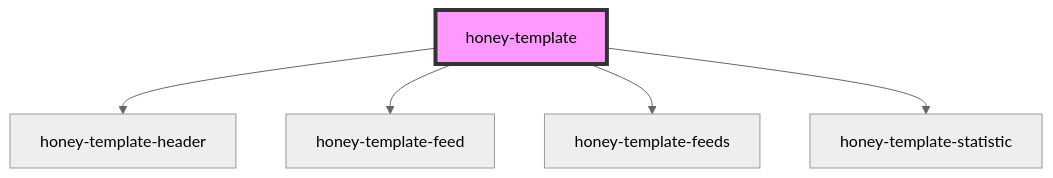
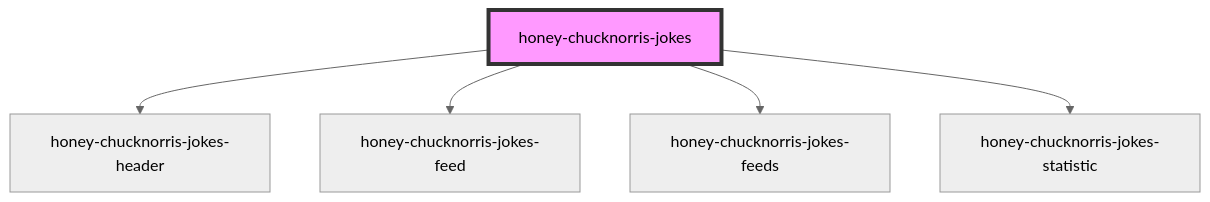
Before and after one commit to Huluvu424242/honey-chucknorris-jokes: the diagram in src/components/honey-news/readme.md, drawn with Mermaid (neutral theme). The commit also changed other lines of this file and 20 other files, not shown here.

````diff
--- a/src/components/honey-news/readme.md
+++ b/src/components/honey-news/readme.md
@@ -27,8 +27,8 @@
 ```mermaid
 graph TD;
-  honey-template --> honey-template-header
-  honey-template --> honey-template-feed
-  honey-template --> honey-template-feeds
-  honey-template --> honey-template-statistic
-  style honey-template fill:#f9f,stroke:#333,stroke-width:4px
+  honey-chucknorris-jokes --> honey-chucknorris-jokes-header
+  honey-chucknorris-jokes --> honey-chucknorris-jokes-feed
+  honey-chucknorris-jokes --> honey-chucknorris-jokes-feeds
+  honey-chucknorris-jokes --> honey-chucknorris-jokes-statistic
+  style honey-chucknorris-jokes fill:#f9f,stroke:#333,stroke-width:4px
 ```
````
